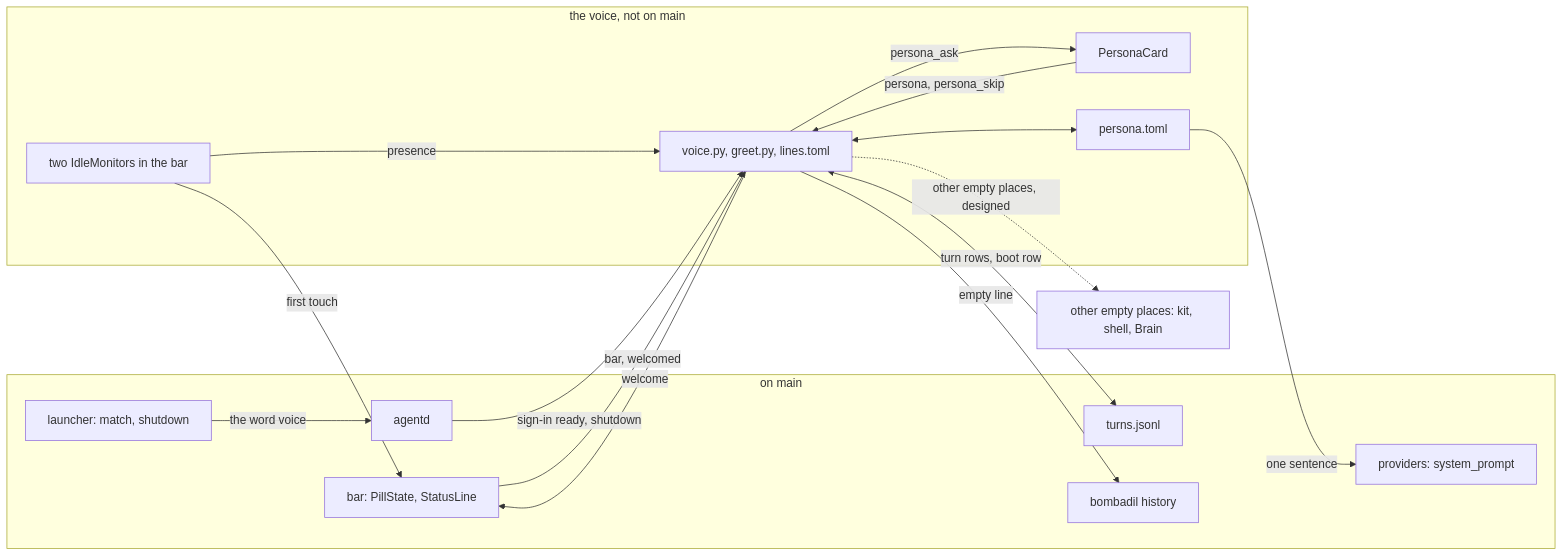
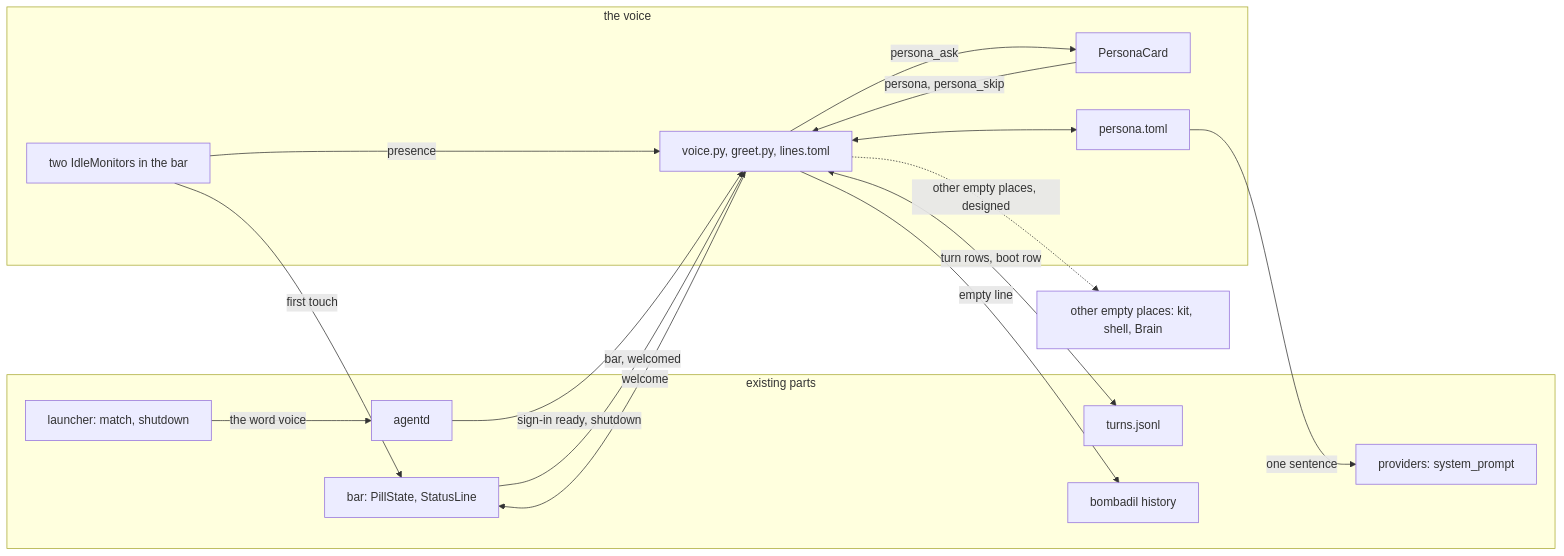
One commit to thedefaultman/Bombadil changed the diagram in docs/architecture/voice.md. Above: the diagram before and after it, drawn with Mermaid. The commit also changed other lines of this file and 30 other files, not shown here.

````diff
--- a/docs/architecture/voice.md
+++ b/docs/architecture/voice.md
@@ -67,31 +36,31 @@
 ```mermaid
 flowchart LR
-    subgraph onmain["on main"]
+    subgraph existing["existing parts"]
         PILL["bar: PillState, StatusLine"]
         AGENTD["agentd"]
         LAUNCH["launcher: match, shutdown"]
         PROV["providers: system_prompt"]
         LOG["turns.jsonl"]
         HIST["bombadil history"]
     end
-    subgraph voicepiece["the voice, not on main"]
+    subgraph voicepiece["the voice"]
         CARD["PersonaCard"]
         GREET["voice.py, greet.py, lines.toml"]
         PERSONA["persona.toml"]
         IDLE["two IdleMonitors in the bar"]
     end
     EMPTY["other empty places: kit, shell, Brain"]
     LAUNCH -->|"the word voice"| AGENTD
     AGENTD -->|"sign-in ready, shutdown"| GREET
     GREET -->|"persona_ask"| CARD
     CARD -->|"persona, persona_skip"| GREET
     GREET <--> PERSONA
     PERSONA -->|"one sentence"| PROV
     GREET -->|"welcome"| PILL
     PILL -->|"bar, welcomed"| GREET
     IDLE -->|"presence"| GREET
     IDLE -->|"first touch"| PILL
     GREET <-->|"turn rows, boot row"| LOG
     GREET -->|"empty line"| HIST
     GREET -.->|"other empty places, designed"| EMPTY
 ```
````
